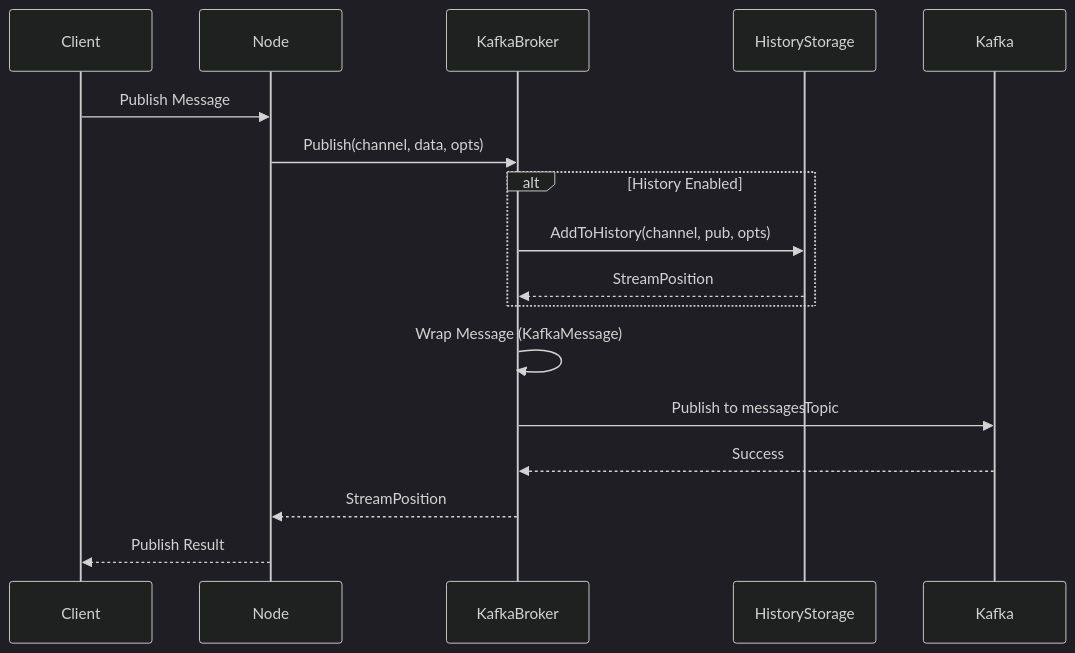
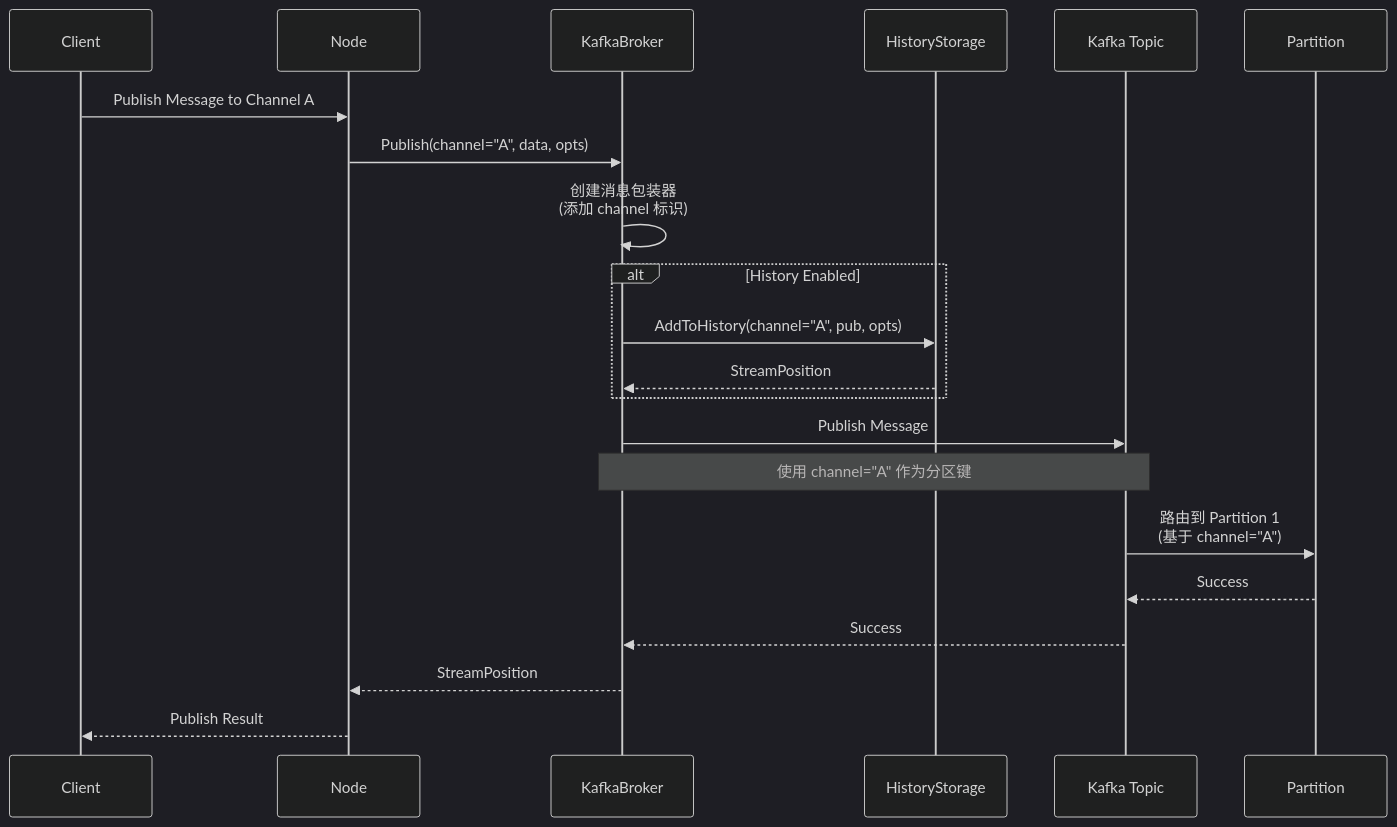
The third of 5 diagrams in doc/kafka_broker_implementation.md (centrifugal/centrifuge), drawn with Mermaid (dark theme) before and after one commit. The commit also changed other lines of this file, not shown here.

First line of the commit message:
Refactor Kafka broker documentation to enhance clarity and structure

````diff
--- a/doc/kafka_broker_implementation.md
+++ b/doc/kafka_broker_implementation.md
@@ -134,22 +289,28 @@
 ```mermaid
 sequenceDiagram
     participant C as Client
     participant N as Node
     participant KB as KafkaBroker
     participant HS as HistoryStorage
-    participant K as Kafka
+    participant K as Kafka Topic
+    participant P as Partition
 
-    C->>N: Publish Message
-    N->>KB: Publish(channel, data, opts)
+    C->>N: Publish Message to Channel A
+    N->>KB: Publish(channel="A", data, opts)
+    
+    KB->>KB: 创建消息包装器<br/>(添加 channel 标识)
     
     alt History Enabled
-        KB->>HS: AddToHistory(channel, pub, opts)
+        KB->>HS: AddToHistory(channel="A", pub, opts)
         HS-->>KB: StreamPosition
     end
     
-    KB->>KB: Wrap Message (KafkaMessage)
-    KB->>K: Publish to messagesTopic
-    K-->>KB: Success
+    KB->>K: Publish Message
+    Note over KB,K: 使用 channel="A" 作为分区键
+    K->>P: 路由到 Partition 1<br/>(基于 channel="A")
+    
+    P-->>K: Success
+    K-->>KB: Success  
     KB-->>N: StreamPosition
     N-->>C: Publish Result
 ```
````
